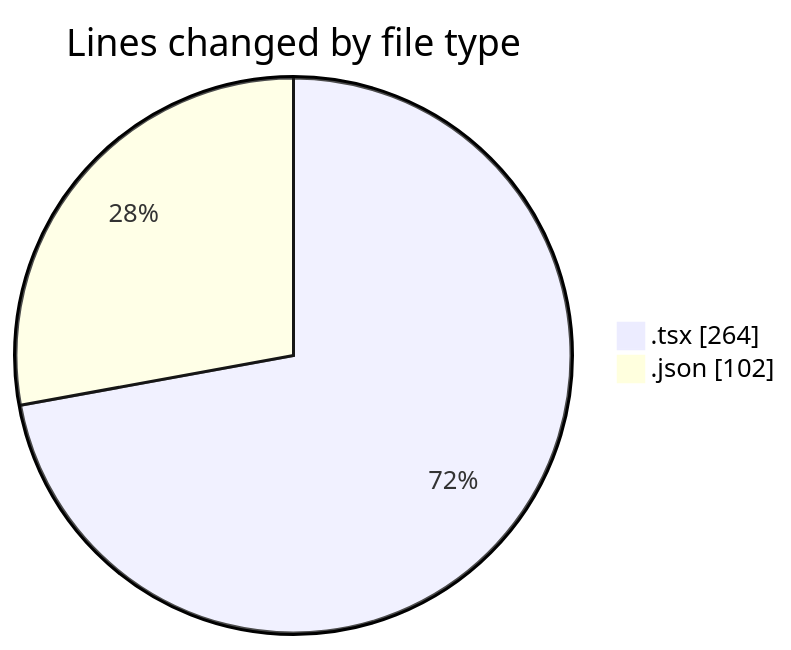
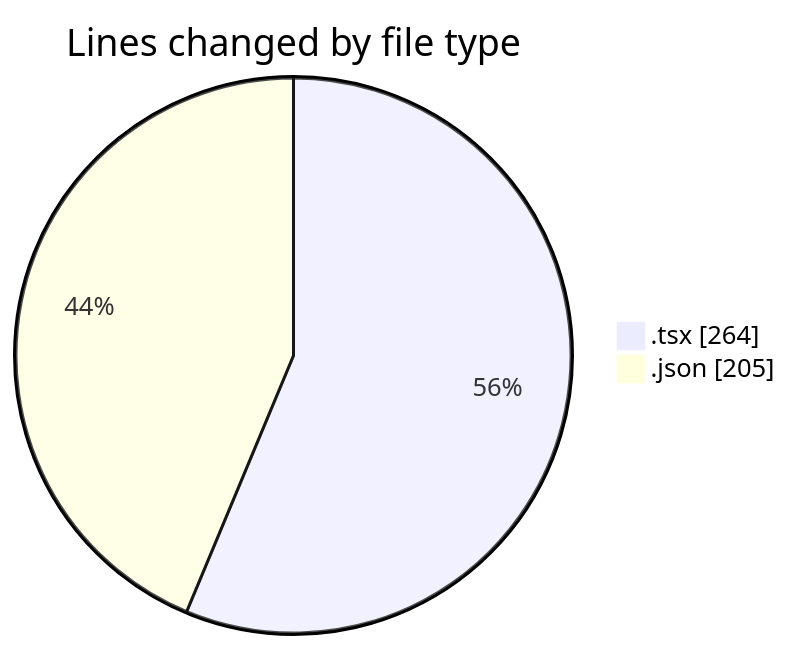
One commit to Elitesun/code-tracking changed the first of 2 diagrams in 2025-04-30/niten/README.md. Above: the diagram before and after it, drawn with Mermaid. The commit also changed other lines of this file and 1 other file, not shown here.

````diff
--- a/2025-04-30/niten/README.md
+++ b/2025-04-30/niten/README.md
@@ -21,6 +21,6 @@
 ```mermaid
 pie showData
 title Lines changed by file type
 ".tsx" : 264
-".json" : 102
+".json" : 205
 ```
````
